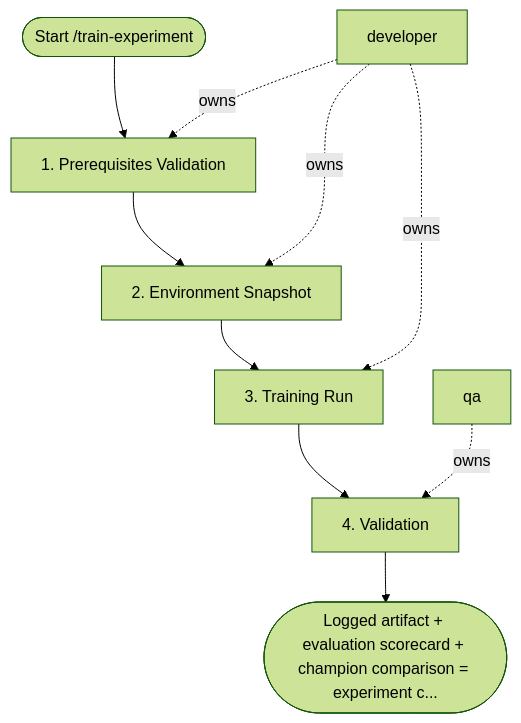
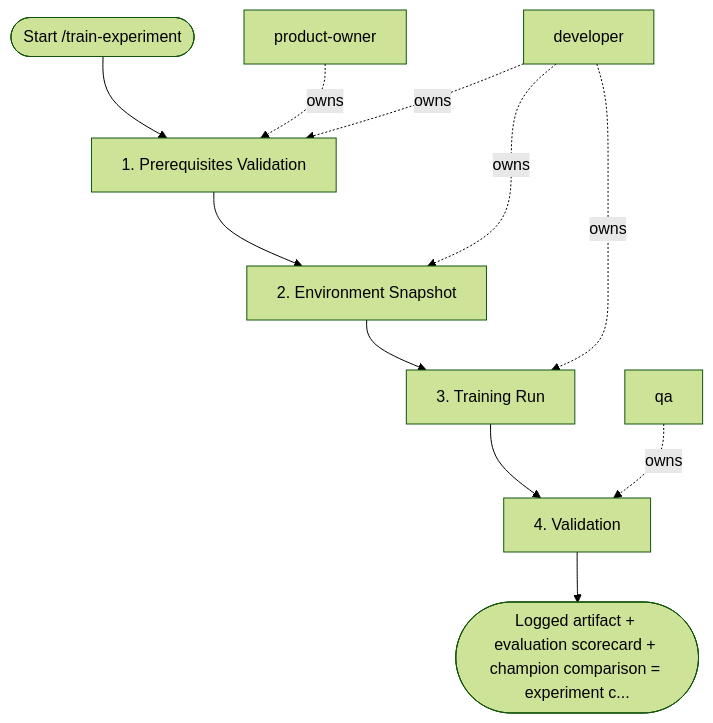
One commit to sawrus/agent-guides changed the diagram in areas/software/mlops/workflows/train-experiment.md. Above: the diagram before and after it, drawn with Mermaid (forest theme). The commit also changed other lines of this file and 76 other files, not shown here.

Commit message:
Standardize workflow product owner initiation

````diff
--- a/areas/software/mlops/workflows/train-experiment.md
+++ b/areas/software/mlops/workflows/train-experiment.md
@@ -58,20 +58,22 @@
 ```mermaid
 flowchart TD
   start(["Start /train-experiment"])
-  role_1["developer"]
-  role_2["qa"]
+  role_1["product-owner"]
+  role_2["developer"]
+  role_3["qa"]
   step_1["1. Prerequisites Validation"]
   step_2["2. Environment Snapshot"]
   step_3["3. Training Run"]
   step_4["4. Validation"]
   exit(["Logged artifact + evaluation scorecard + champion comparison = experiment c..."])
   start --> step_1
   step_1 --> step_2
   step_2 --> step_3
   step_3 --> step_4
   step_4 --> exit
   role_1 -. owns .-> step_1
-  role_1 -. owns .-> step_2
-  role_1 -. owns .-> step_3
-  role_2 -. owns .-> step_4
+  role_2 -. owns .-> step_1
+  role_2 -. owns .-> step_2
+  role_2 -. owns .-> step_3
+  role_3 -. owns .-> step_4
 ```
````
